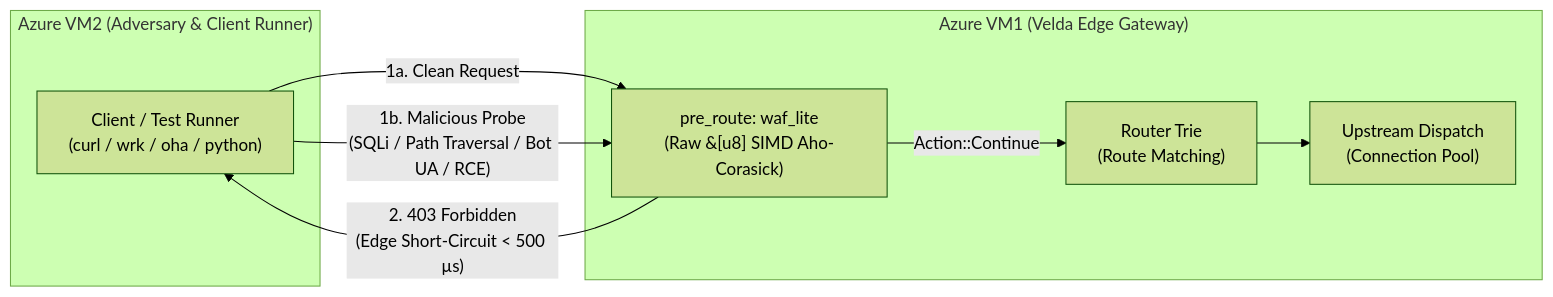
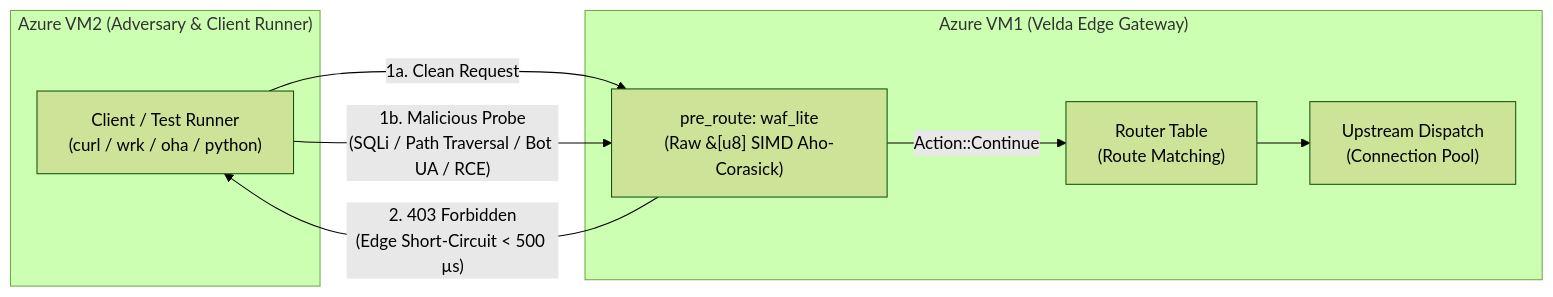
One commit to phucle996/velda-edge changed the diagram in crates/velda-plugin/src/pre_route/waf_lite/TEST.md. Above: the diagram before and after it, drawn with Mermaid (forest theme). The commit also changed other lines of this file and 42 other files, not shown here.

First line of the commit message:
docs(velda-router): formalize elimination of radix tries in favor of flat slash-block swar table

````diff
--- a/crates/velda-plugin/src/pre_route/waf_lite/TEST.md
+++ b/crates/velda-plugin/src/pre_route/waf_lite/TEST.md
@@ -23,18 +23,18 @@
 ```mermaid
 flowchart LR
     subgraph ClientHost["Azure VM2 (Adversary & Client Runner)"]
         client["Client / Test Runner\n(curl / wrk / oha / python)"]
     end
 
     subgraph GatewayHost["Azure VM1 (Velda Edge Gateway)"]
         pre["pre_route: waf_lite\n(Raw &[u8] SIMD Aho-Corasick)"]
-        router["Router Trie\n(Route Matching)"]
+        router["Router Table\n(Route Matching)"]
         upstream["Upstream Dispatch\n(Connection Pool)"]
     end
 
     client -->|"1a. Clean Request"| pre
     pre -->|"Action::Continue"| router
     router --> upstream
     client -->|"1b. Malicious Probe\n(SQLi / Path Traversal / Bot UA / RCE)"| pre
     pre -->|"2. 403 Forbidden\n(Edge Short-Circuit < 500 µs)"| client
 ```
````
